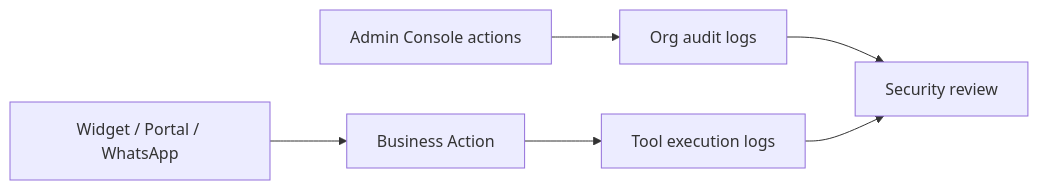
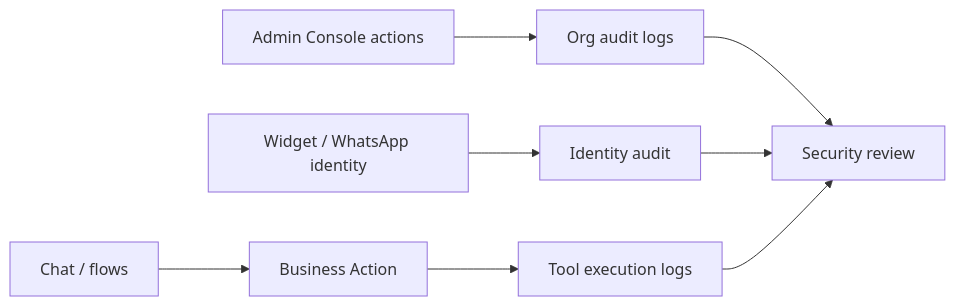
One commit to qefro-ai/qefro-documentation changed the diagram in docs/security/audit-logs.mdx. Above: the diagram before and after it, drawn with Mermaid. The commit also changed other lines of this file and 24 other files, not shown here.

````diff
--- a/docs/security/audit-logs.mdx
+++ b/docs/security/audit-logs.mdx
@@ -32,8 +58,10 @@
 ```mermaid
 flowchart LR
   Admin[Admin Console actions] --> AL[Org audit logs]
-  Chat[Widget / Portal / WhatsApp] --> BA[Business Action]
+  Chan[Widget / WhatsApp identity] --> IA[Identity audit]
+  Chat[Chat / flows] --> BA[Business Action]
   BA --> TL[Tool execution logs]
   AL --> Review[Security review]
+  IA --> Review
   TL --> Review
 ```
````
